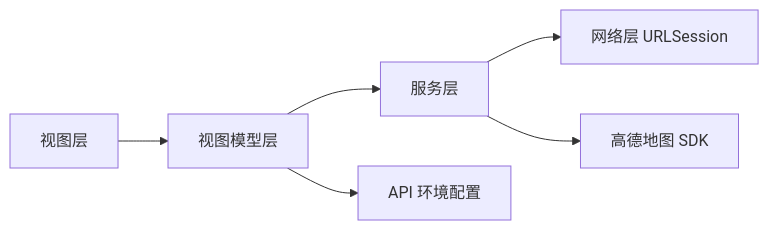
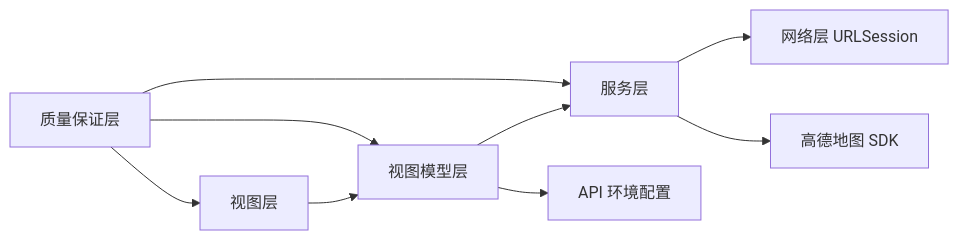
One commit to Jayden23018/blind-run-ios changed the fourth of 4 diagrams in .qoder/repowiki/zh/content/开发指南/开发环境配置/开发环境配置.md. Above: the diagram before and after it, drawn with Mermaid. The commit also changed other lines of this file and 10 other files, not shown here.

````diff
--- a/.qoder/repowiki/zh/content/开发指南/开发环境配置/开发环境配置.md
+++ b/.qoder/repowiki/zh/content/开发指南/开发环境配置/开发环境配置.md
@@ -227,8 +317,11 @@
 ```mermaid
 graph LR
 View["视图层"] --> VM["视图模型层"]
 VM --> Service["服务层"]
 Service --> Net["网络层 URLSession"]
 Service --> MapSDK["高德地图 SDK"]
 VM --> Config["API 环境配置"]
+QA["质量保证层"] --> View
+QA --> VM
+QA --> Service
 ```
````
